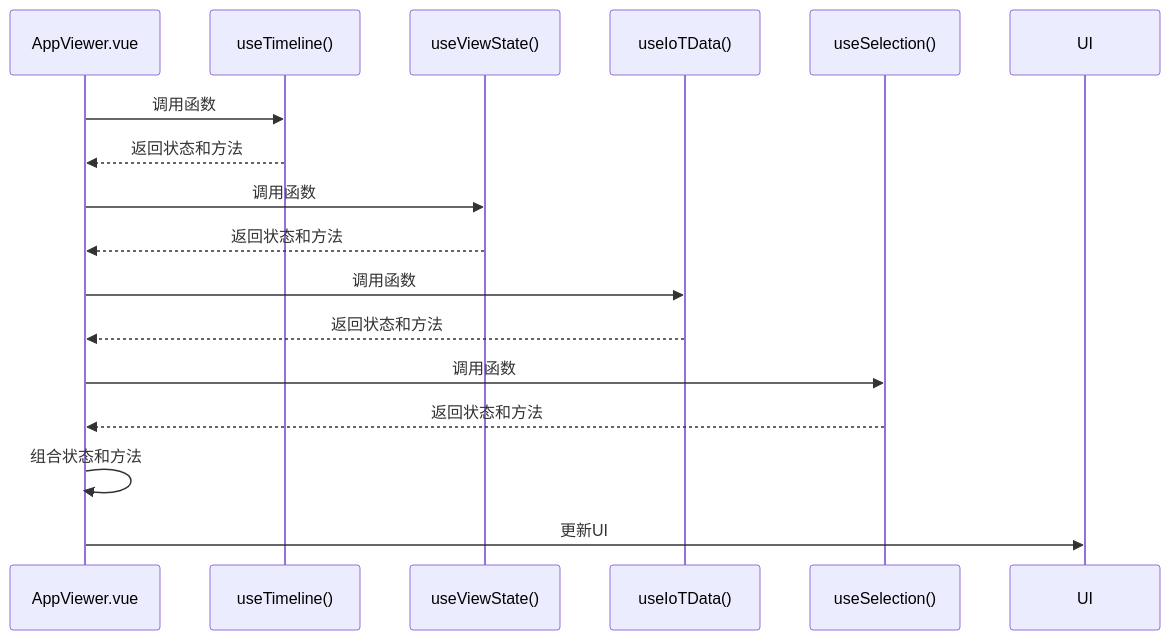
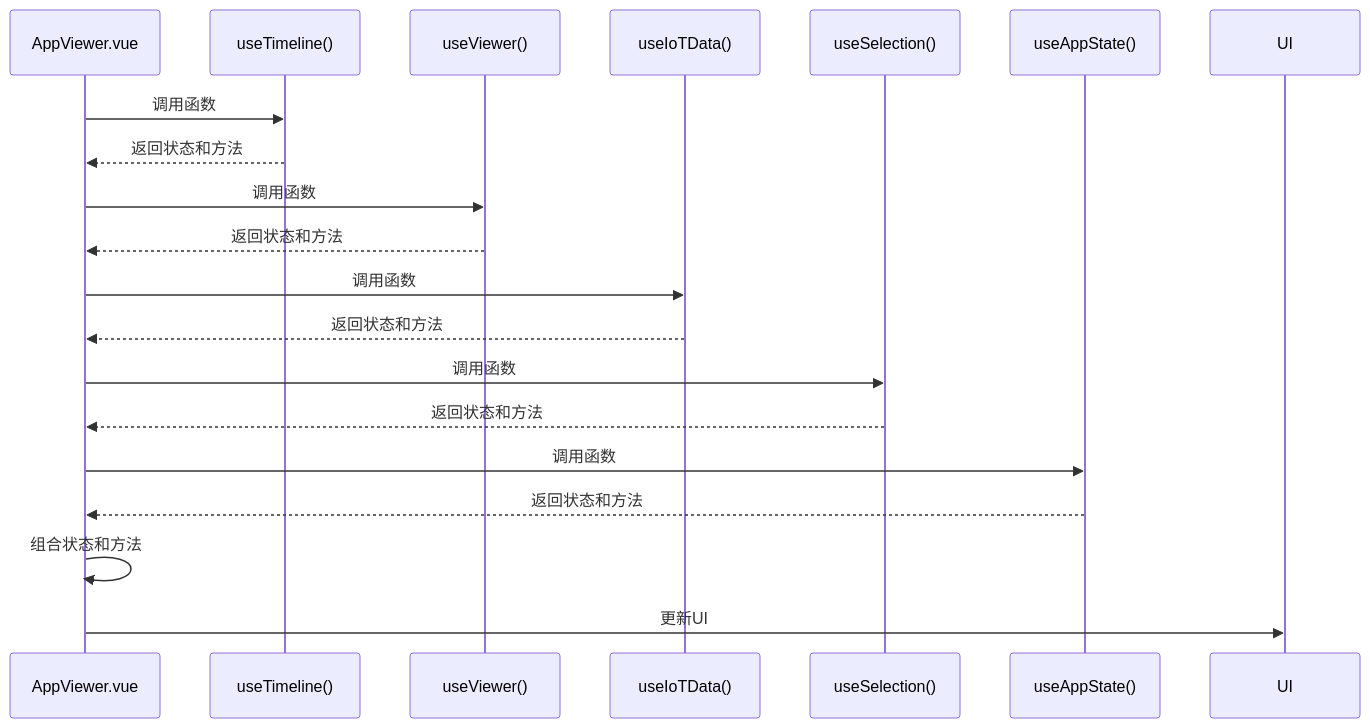
One commit to ideeinfo/TwinSight changed the sixth of 6 diagrams in .qoder/repowiki/zh/content/前端架构/组合式函数.md. Above: the diagram before and after it, drawn with Mermaid. The commit also changed other lines of this file and 5 other files, not shown here.

````diff
--- a/.qoder/repowiki/zh/content/前端架构/组合式函数.md
+++ b/.qoder/repowiki/zh/content/前端架构/组合式函数.md
@@ -242,18 +266,21 @@
 ```mermaid
 sequenceDiagram
 participant AppViewer as AppViewer.vue
 participant useTimeline as useTimeline()
-participant useViewState as useViewState()
+participant useViewer as useViewer()
 participant useIoTData as useIoTData()
 participant useSelection as useSelection()
+participant useAppState as useAppState()
 AppViewer->>useTimeline : 调用函数
 useTimeline-->>AppViewer : 返回状态和方法
-AppViewer->>useViewState : 调用函数
-useViewState-->>AppViewer : 返回状态和方法
+AppViewer->>useViewer : 调用函数
+useViewer-->>AppViewer : 返回状态和方法
 AppViewer->>useIoTData : 调用函数
 useIoTData-->>AppViewer : 返回状态和方法
 AppViewer->>useSelection : 调用函数
 useSelection-->>AppViewer : 返回状态和方法
+AppViewer->>useAppState : 调用函数
+useAppState-->>AppViewer : 返回状态和方法
 AppViewer->>AppViewer : 组合状态和方法
 AppViewer->>UI : 更新UI
 ```
````
